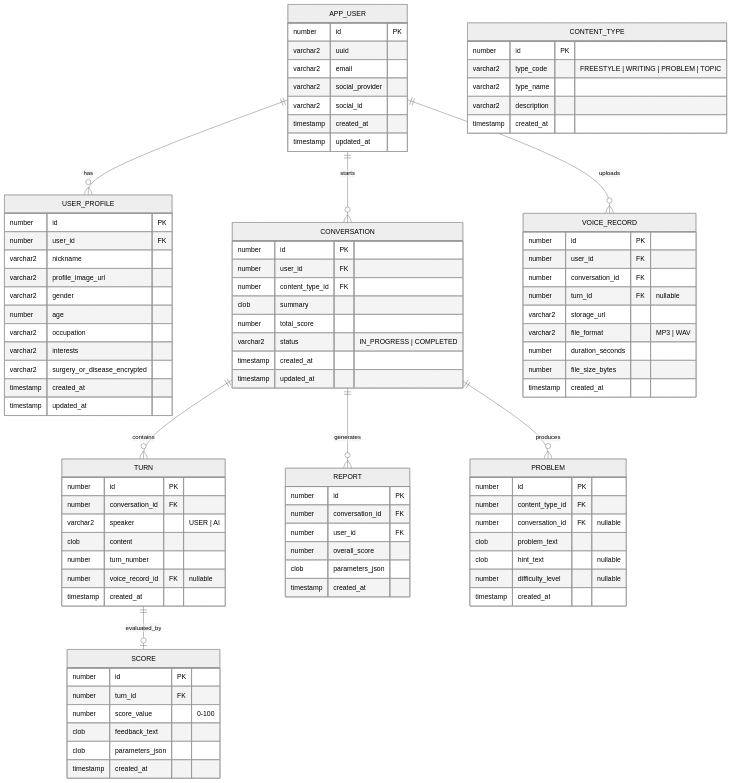
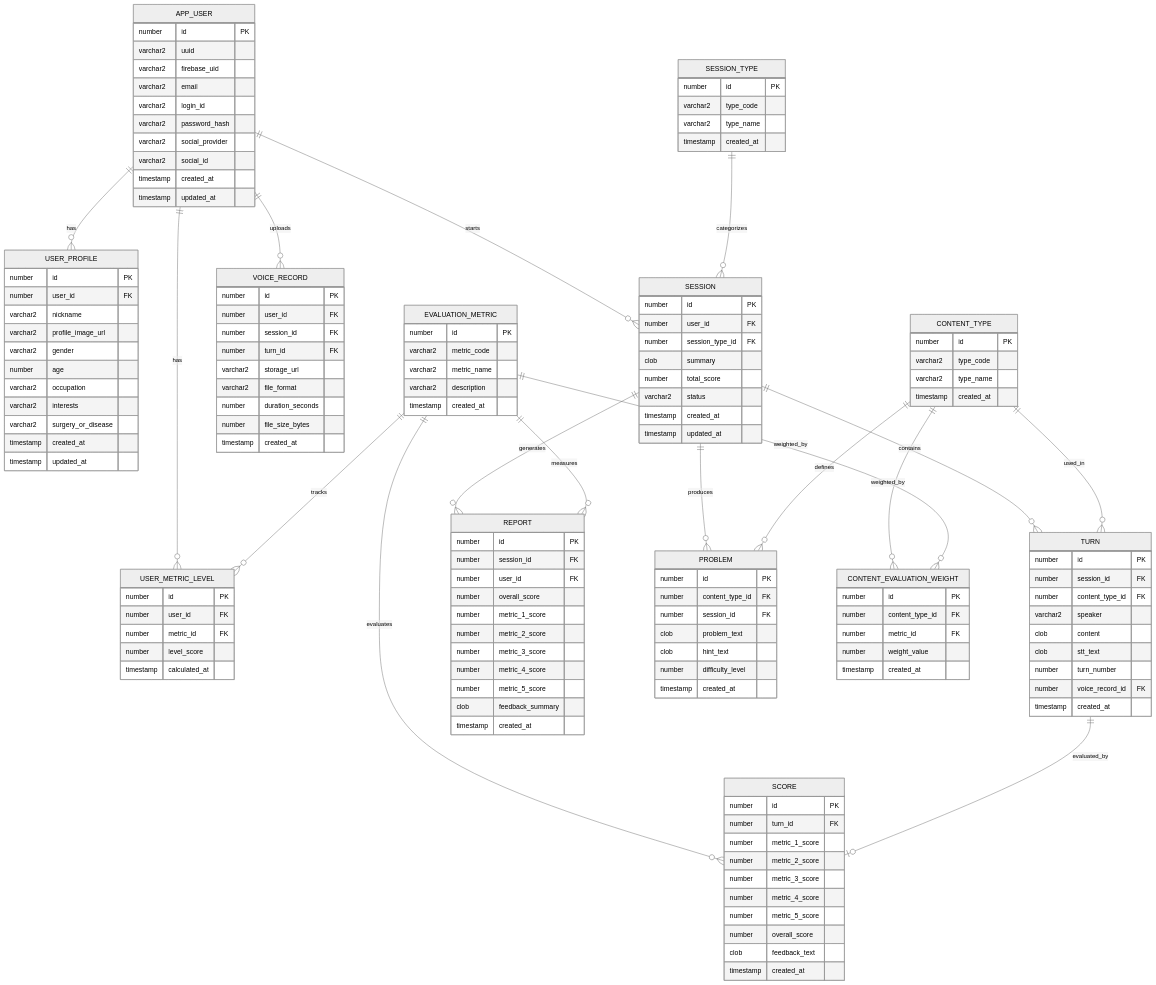
Before and after one commit to 2026SeSAC-Oracle-Team2/Documentations: the first of 2 diagrams in 04_Database_Design.md, drawn with Mermaid (neutral theme). The commit also changed other lines of this file and 7 other files, not shown here.

````diff
--- a/04_Database_Design.md
+++ b/04_Database_Design.md
@@ -32,13 +24,17 @@
 ```mermaid
 erDiagram
     APP_USER ||--o{ USER_PROFILE : has
-    APP_USER ||--o{ CONVERSATION : starts
+    APP_USER ||--o{ SESSION : starts
     APP_USER ||--o{ VOICE_RECORD : uploads
+    APP_USER ||--o{ USER_METRIC_LEVEL : has
 
     APP_USER {
         number id PK
         varchar2 uuid
+        varchar2 firebase_uid
         varchar2 email
+        varchar2 login_id
+        varchar2 password_hash
         varchar2 social_provider
         varchar2 social_id
         timestamp created_at
@@ -54,33 +50,65 @@
         number age
         varchar2 occupation
         varchar2 interests
-        varchar2 surgery_or_disease_encrypted
+        varchar2 surgery_or_disease
         timestamp created_at
         timestamp updated_at
     }
 
-    CONVERSATION {
+    SESSION_TYPE ||--o{ SESSION : categorizes
+    SESSION_TYPE {
+        number id PK
+        varchar2 type_code
+        varchar2 type_name
+        timestamp created_at
+    }
+
+    SESSION {
         number id PK
         number user_id FK
-        number content_type_id FK
+        number session_type_id FK
         clob summary
         number total_score
-        varchar2 status "IN_PROGRESS | COMPLETED"
+        varchar2 status
         timestamp created_at
         timestamp updated_at
     }
 
-    CONVERSATION ||--o{ TURN : contains
-    CONVERSATION ||--o{ REPORT : generates
-    CONVERSATION ||--o{ PROBLEM : produces
+    SESSION ||--o{ TURN : contains
+    SESSION ||--o{ REPORT : generates
+    SESSION ||--o{ PROBLEM : produces
+
+    CONTENT_TYPE ||--o{ TURN : used_in
+    CONTENT_TYPE ||--o{ PROBLEM : defines
+    CONTENT_TYPE ||--o{ CONTENT_EVALUATION_WEIGHT : weighted_by
+    CONTENT_TYPE {
+        number id PK
+        varchar2 type_code
+        varchar2 type_name
+        timestamp created_at
+    }
+
+    EVALUATION_METRIC ||--o{ SCORE : evaluates
+    EVALUATION_METRIC ||--o{ REPORT : measures
+    EVALUATION_METRIC ||--o{ USER_METRIC_LEVEL : tracks
+    EVALUATION_METRIC ||--o{ CONTENT_EVALUATION_WEIGHT : weighted_by
+    EVALUATION_METRIC {
+        number id PK
+        varchar2 metric_code
+        varchar2 metric_name
+        varchar2 description
+        timestamp created_at
+    }
 
     TURN {
         number id PK
-        number conversation_id FK
-        varchar2 speaker "USER | AI"
+        number session_id FK
+        number content_type_id FK
+        varchar2 speaker
         clob content
+        clob stt_text
         number turn_number
-        number voice_record_id FK "nullable"
+        number voice_record_id FK
         timestamp created_at
     }
 
@@ -89,19 +117,23 @@
     SCORE {
         number id PK
         number turn_id FK
-        number score_value "0-100"
+        number metric_1_score
+        number metric_2_score
+        number metric_3_score
+        number metric_4_score
+        number metric_5_score
+        number overall_score
         clob feedback_text
-        clob parameters_json
         timestamp created_at
     }
 
     VOICE_RECORD {
         number id PK
         number user_id FK
-        number conversation_id FK
-        number turn_id FK "nullable"
+        number session_id FK
+        number turn_id FK
         varchar2 storage_url
-        varchar2 file_format "MP3 | WAV"
+        varchar2 file_format
         number duration_seconds
         number file_size_bytes
         timestamp created_at
@@ -109,28 +141,41 @@
 
     REPORT {
         number id PK
-        number conversation_id FK
+        number session_id FK
         number user_id FK
         number overall_score
-        clob parameters_json
+        number metric_1_score
+        number metric_2_score
+        number metric_3_score
+        number metric_4_score
+        number metric_5_score
+        clob feedback_summary
         timestamp created_at
     }
 
-    CONTENT_TYPE {
+    USER_METRIC_LEVEL {
         number id PK
-        varchar2 type_code "FREESTYLE | WRITING | PROBLEM | TOPIC"
-        varchar2 type_name
-        varchar2 description
+        number user_id FK
+        number metric_id FK
+        number level_score
+        timestamp calculated_at
+    }
+
+    CONTENT_EVALUATION_WEIGHT {
+        number id PK
+        number content_type_id FK
+        number metric_id FK
+        number weight_value
         timestamp created_at
     }
 
     PROBLEM {
         number id PK
         number content_type_id FK
-        number conversation_id FK "nullable"
+        number session_id FK
         clob problem_text
-        clob hint_text "nullable"
-        number difficulty_level "nullable"
+        clob hint_text
+        number difficulty_level
         timestamp created_at
     }
 ```
````
